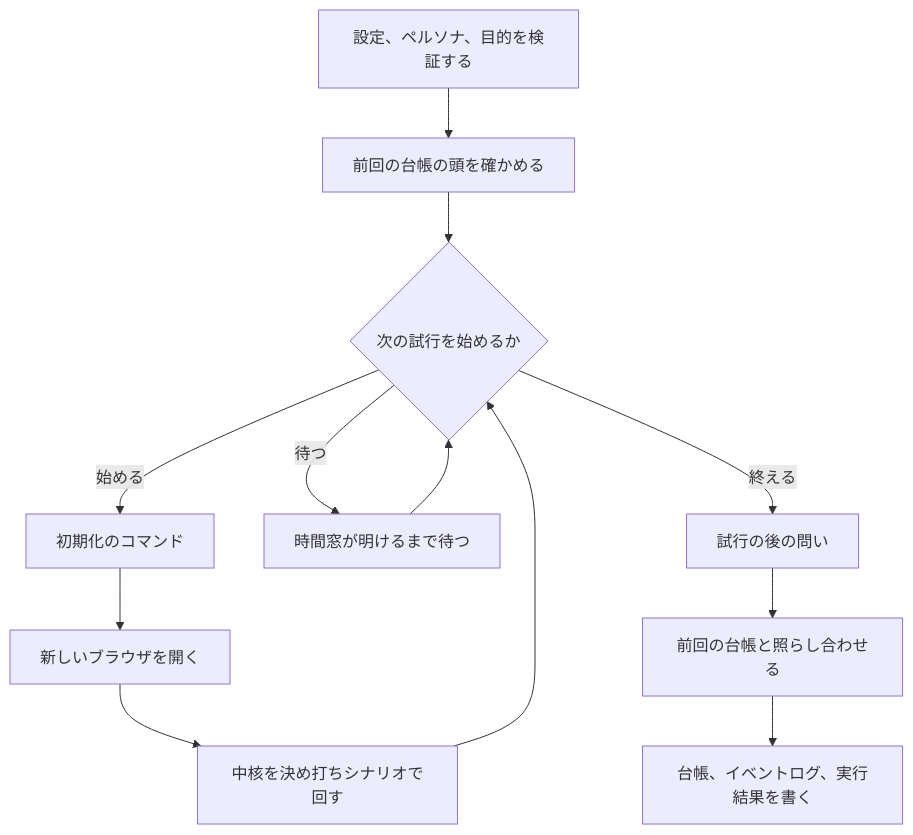
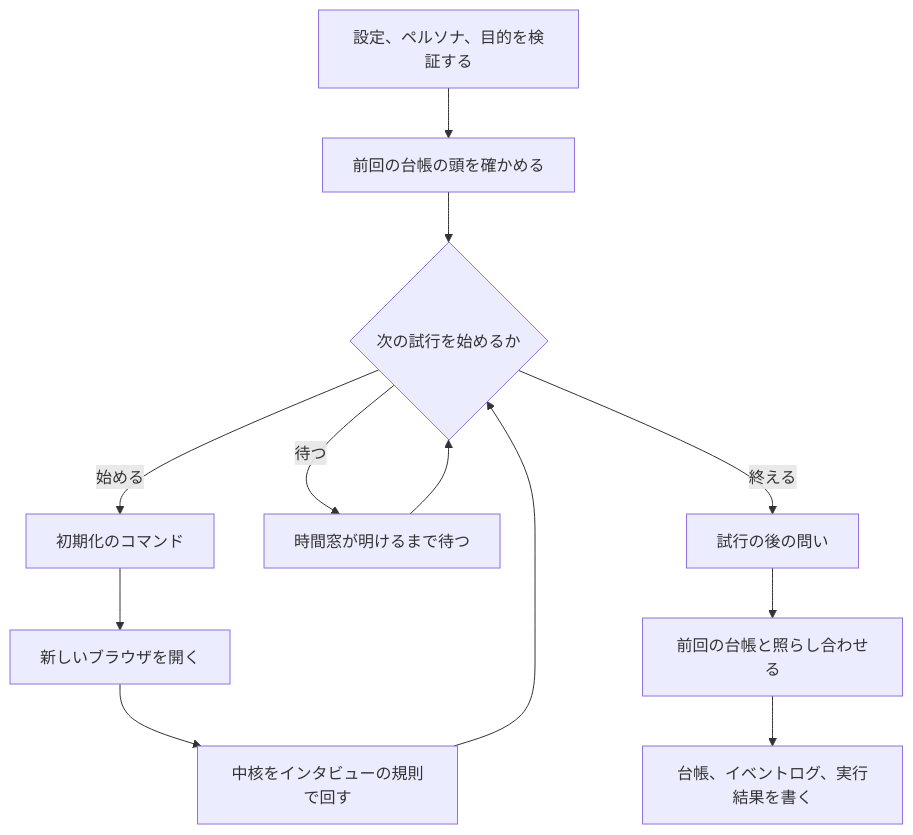
Before and after one commit to Hakkadaikon/webqa-explorer: the diagram in docs/arch/interview-mode.md, drawn with Mermaid. The commit also changed other lines of this file and 4 other files, not shown here.

````diff
--- a/docs/arch/interview-mode.md
+++ b/docs/arch/interview-mode.md
@@ -68,13 +73,13 @@
 ```mermaid
 flowchart TD
   load[設定、ペルソナ、目的を検証する] --> prev[前回の台帳の頭を確かめる]
   prev --> next{次の試行を始めるか}
   next -->|始める| reset[初期化のコマンド]
   reset --> open[新しいブラウザを開く]
-  open --> core[中核を決め打ちシナリオで回す]
+  open --> core[中核をインタビューの規則で回す]
   core --> next
   next -->|待つ| wait[時間窓が明けるまで待つ] --> next
   next -->|終える| after[試行の後の問い]
   after --> compare[前回の台帳と照らし合わせる]
   compare --> write[台帳、イベントログ、実行結果を書く]
 ```
````
